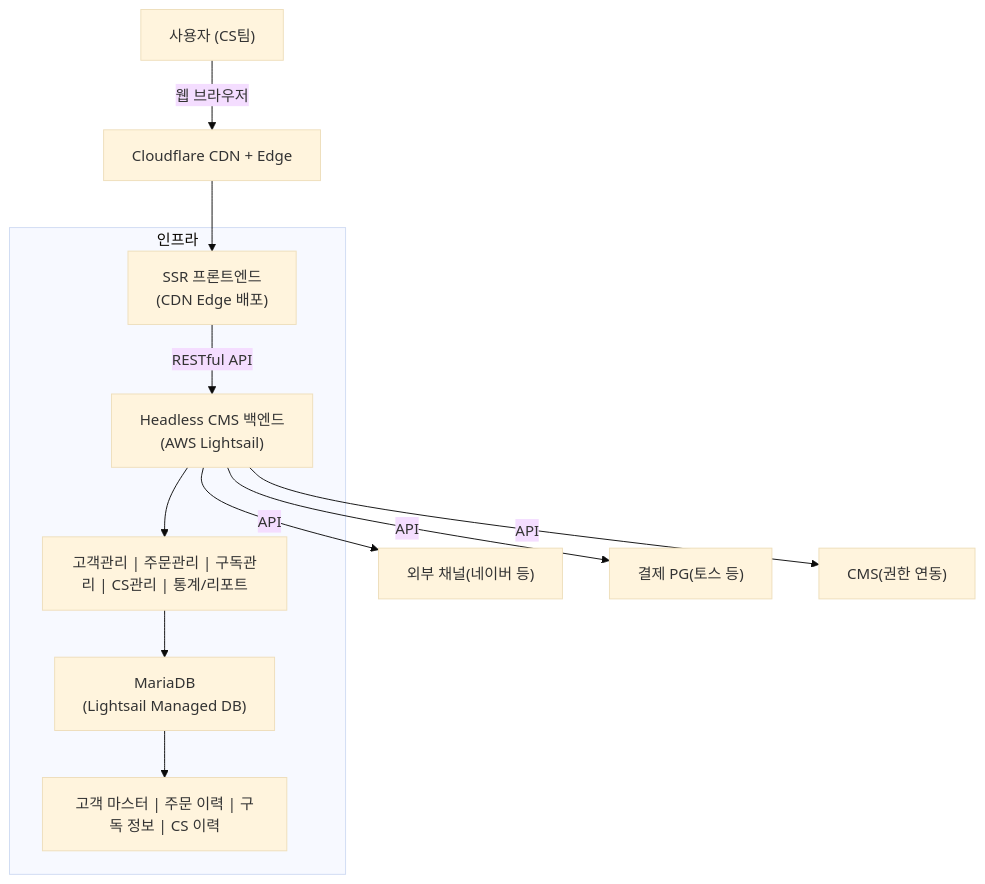
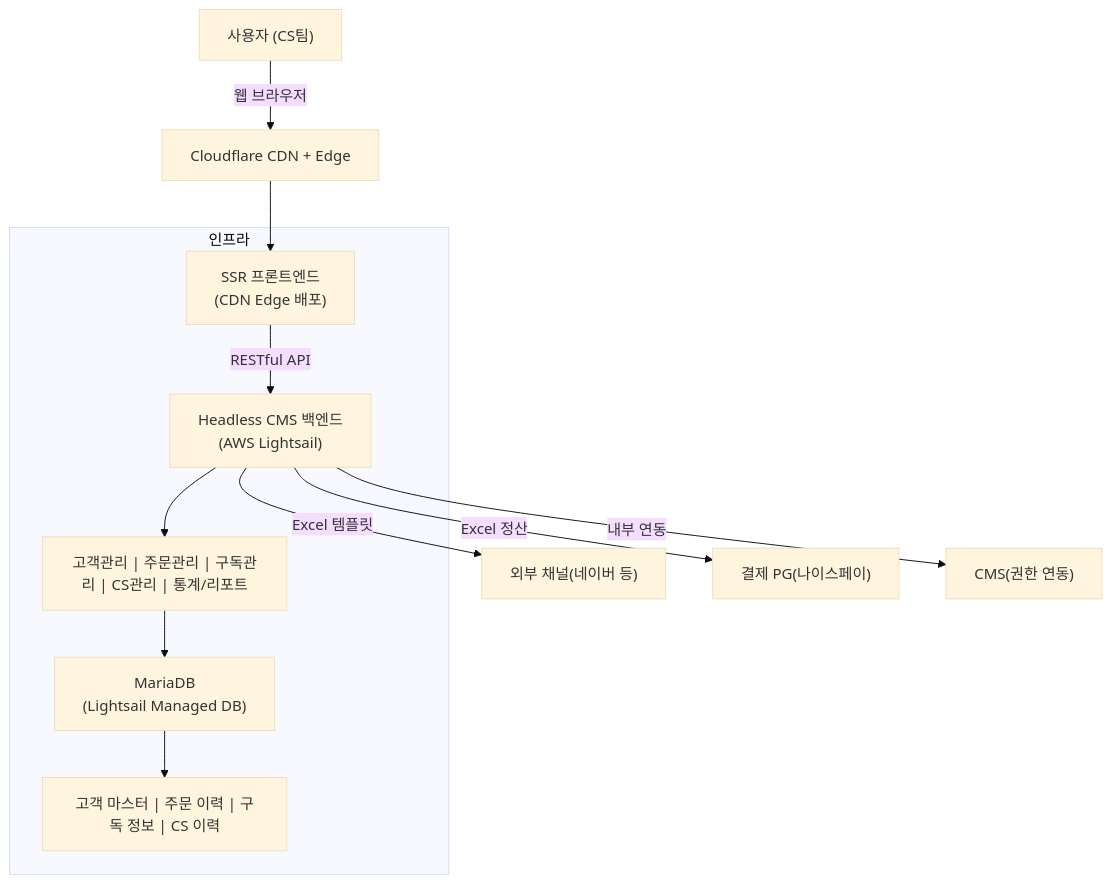
Before and after one commit to sknkwoxs/manual-book: the second of 2 diagrams in src/content/docs/goodthinking-isp/04-design/index.md, drawn with Mermaid (base theme). The commit also changed other lines of this file and 17 other files, not shown here.

First line of the commit message:
docs(goodthinking-isp): Phase 3.5-5 — Mermaid 수정, 외부 API→Excel 템플릿 전환, 개인정보 보호 모듈 강화

````diff
--- a/src/content/docs/goodthinking-isp/04-design/index.md
+++ b/src/content/docs/goodthinking-isp/04-design/index.md
@@ -45,24 +45,24 @@
 ```mermaid
 graph TB
     User["사용자 (CS팀)"]
     User -->|웹 브라우저| CF["Cloudflare CDN + Edge"]
     
     subgraph Infra["인프라"]
         Frontend["SSR 프론트엔드<br/>(CDN Edge 배포)"]
         Backend["Headless CMS 백엔드<br/>(AWS Lightsail)"]
         Admin_Modules["고객관리 | 주문관리 | 구독관리 | CS관리 | 통계/리포트"]
         
         DB["MariaDB<br/>(Lightsail Managed DB)"]
         DB_Tables["고객 마스터 | 주문 이력 | 구독 정보 | CS 이력"]
         
         Frontend -->|RESTful API| Backend
         Backend --> Admin_Modules
         Admin_Modules --> DB
         DB --> DB_Tables
     end
     
     CF --> Frontend
-    Backend -->|API| Channel["외부 채널(네이버 등)"]
-    Backend -->|API| PG["결제 PG(토스 등)"]
-    Backend -->|API| CMS["CMS(권한 연동)"]
+    Backend -->|"Excel 템플릿"| Channel["외부 채널(네이버 등)"]
+    Backend -->|"Excel 정산"| PG["결제 PG(나이스페이)"]
+    Backend -->|내부 연동| CMS["CMS(권한 연동)"]
 ```
````
